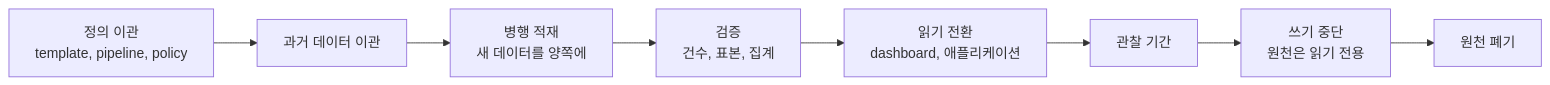
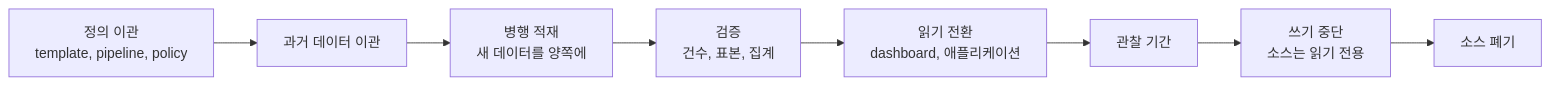
One commit to Munsik/engineering-notes changed the second of 2 diagrams in src/content/docs/change/10-data-migration.md. Above: the diagram before and after it, drawn with Mermaid. The commit also changed other lines of this file and 65 other files, not shown here.

````diff
--- a/src/content/docs/change/10-data-migration.md
+++ b/src/content/docs/change/10-data-migration.md
@@ -125,10 +125,10 @@
 ```mermaid
 flowchart LR
   A["정의 이관<br/>template, pipeline, policy"] --> B["과거 데이터 이관"]
   B --> C["병행 적재<br/>새 데이터를 양쪽에"]
   C --> D["검증<br/>건수, 표본, 집계"]
   D --> E["읽기 전환<br/>dashboard, 애플리케이션"]
   E --> F["관찰 기간"]
-  F --> G["쓰기 중단<br/>원천은 읽기 전용"]
-  G --> H["원천 폐기"]
+  F --> G["쓰기 중단<br/>소스는 읽기 전용"]
+  G --> H["소스 폐기"]
 ```
````
